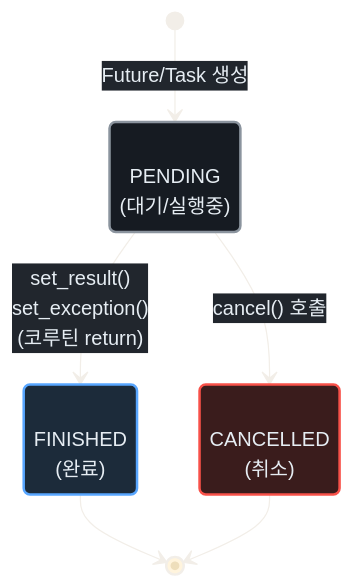
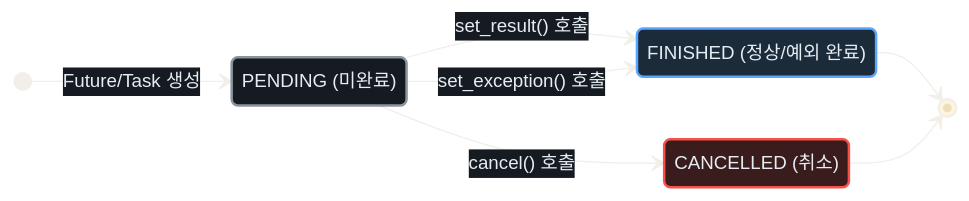
Before and after one commit to seongcheoljeon/seongcheoljeon.github.io: the fifth of 9 diagrams in _posts/Programming/Python/AsynchronousIO/2026-03-08-asynchronous_io.md, drawn with Mermaid. The commit also changed other lines of this file, not shown here.

````diff
--- a/_posts/Programming/Python/AsynchronousIO/2026-03-08-asynchronous_io.md
+++ b/_posts/Programming/Python/AsynchronousIO/2026-03-08-asynchronous_io.md
@@ -284,27 +297,26 @@
 ```mermaid
-%%{init: {"theme": "base", "stateDiagram": {"nodeSpacing": 70, "rankSpacing": 80}, "themeVariables": {"fontFamily": "Apple SD Gothic Neo, Noto Sans KR, sans-serif", "background": "#0d1117", "primaryTextColor": "#e6edf3", "labelColor": "#e6edf3", "edgeLabelBackground": "#21262d", "fontSize": "16px"}}}%%
+%%{init: {"theme": "base", "stateDiagram": {"nodeSpacing": 50, "rankSpacing": 80}, "themeVariables": {"background": "#0d1117", "primaryTextColor": "#e6edf3", "labelColor": "#e6edf3", "edgeLabelBackground": "#161b22", "fontSize": "15px"}}}%%
 stateDiagram-v2
-    direction TB
+    direction LR
 
-    %% <br/>을 앞뒤로 붙여서 박스 높이와 여백을 확보합니다.
-    state "<br/>PENDING<br/>(대기/실행중)<br/>" as PENDING
-    state "<br/>FINISHED<br/>(완료)<br/>" as FINISHED
-    state "<br/>CANCELLED<br/>(취소)<br/>" as CANCELLED
+    state "PENDING (미완료)" as PENDING
+    state "FINISHED (정상/예외 완료)" as FINISHED
+    state "CANCELLED (취소)" as CANCELLED
 
     [*] --> PENDING : Future/Task 생성
 
-    PENDING --> FINISHED : set_result()<br/>set_exception()<br/>(코루틴 return)
+    PENDING --> FINISHED : set_result() 호출
+    PENDING --> FINISHED : set_exception() 호출
     PENDING --> CANCELLED : cancel() 호출
 
     FINISHED --> [*]
     CANCELLED --> [*]
 
-    %% 색상 스타일
     classDef pendingStyle fill:#161b22,stroke:#8b949e,color:#e6edf3,stroke-width:2px
     classDef finishedStyle fill:#1c2b3a,stroke:#58a6ff,color:#e6edf3,stroke-width:2px
     classDef cancelStyle fill:#3a1c1c,stroke:#f85149,color:#e6edf3,stroke-width:2px
 
     class PENDING pendingStyle
     class FINISHED finishedStyle
     class CANCELLED cancelStyle
 ```
````
